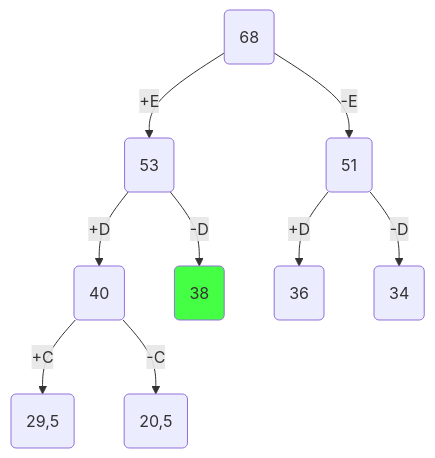
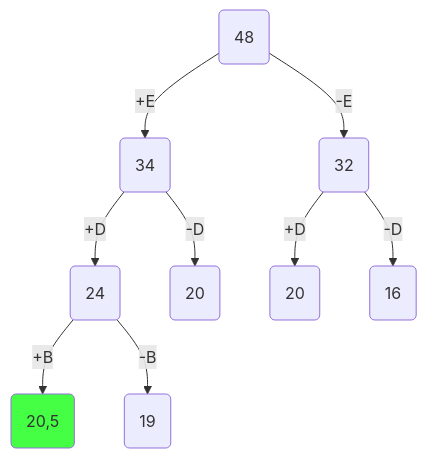
The fourth of 10 diagrams in 18task.md (ggpillow/algorithm), drawn with Mermaid before and after one commit. The commit also changed other lines of this file, not shown here.

````diff
--- a/18task.md
+++ b/18task.md
@@ -151,22 +184,22 @@
 ``` mermaid
 flowchart TD
-A(68)
-B(53)
-C(51)
-D(40)
-E(38)
-F(36)
-G(34)
-H(29,5)
-I(20,5)
+A(48)
+B(34)
+C(32)
+D(24)
+E(20)
+F(20)
+G(16)
+H(20,5)
+I(19)
 A -- +E--> B
 A -- -E--> C
 B -- +D--> D
 B -- -D--> E
 C -- +D--> F
 C -- -D--> G
-D -- +C--> H
-D -- -C--> I
+D -- +B--> H
+D -- -B--> I
 
-style E fill:#4f4f
+style H fill:#4f4f
 ```
````
